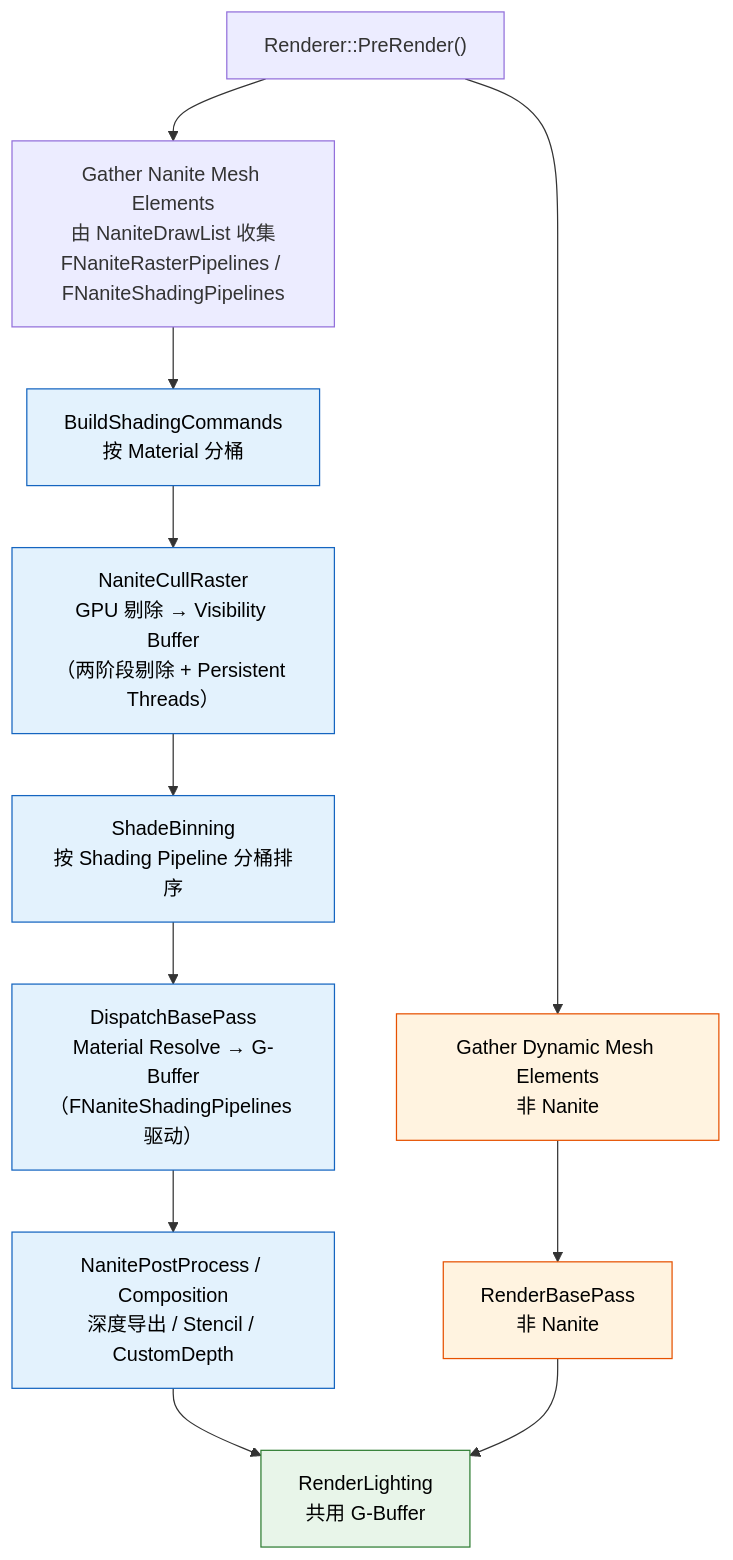
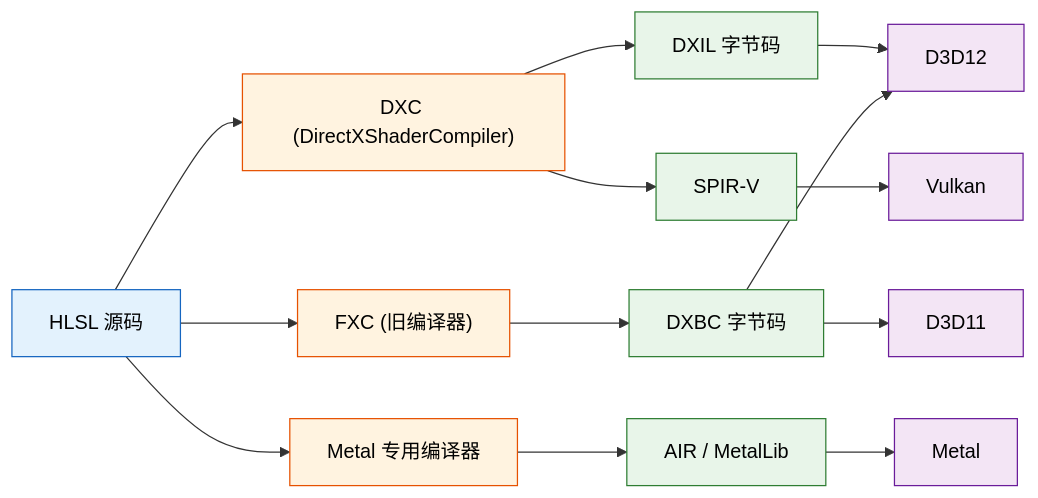
Before and after one commit to MotionlessPeri/agent_coding_guidelines: the second of 2 diagrams in references/ue-rendering/card-05-rhi.md, drawn with Mermaid. The commit also changed other lines of this file and 8 other files, not shown here.

````diff
--- a/references/ue-rendering/card-05-rhi.md
+++ b/references/ue-rendering/card-05-rhi.md
@@ -132,19 +405,43 @@
 ```mermaid
-flowchart TB
-    A["Renderer::PreRender()"] --> B["Gather Dynamic Mesh Elements<br/>非 Nanite"]
-    A --> C["Gather Nanite Mesh Elements<br/>由 NaniteDrawList 收集<br/>FNaniteRasterPipelines / FNaniteShadingPipelines"]
-    C --> D["BuildShadingCommands<br/>按 Material 分桶"]
-    D --> E["NaniteCullRaster<br/>GPU 剔除 → Visibility Buffer<br/>（两阶段剔除 + Persistent Threads）"]
-    E --> F["ShadeBinning<br/>按 Shading Pipeline 分桶排序"]
-    F --> G["DispatchBasePass<br/>Material Resolve → G-Buffer<br/>（FNaniteShadingPipelines 驱动）"]
-    G --> H["NanitePostProcess / Composition<br/>深度导出 / Stencil / CustomDepth"]
-    B --> I["RenderBasePass<br/>非 Nanite"]
-    H --> J["RenderLighting<br/>共用 G-Buffer"]
-    I --> J
-    classDef nanite fill:#e3f2fd,stroke:#1565c0,color:#000
-    classDef legacy fill:#fff3e0,stroke:#e65100,color:#000
-    classDef shared fill:#e8f5e9,stroke:#2e7d32,color:#000
-    class D,E,F,G,H nanite
-    class B,I legacy
-    class J shared
+flowchart LR
+    HLSL["HLSL 源码"]
+
+    DXC["DXC (DirectXShaderCompiler)"]
+    FXC["FXC (旧编译器)"]
+    METAL["Metal 专用编译器"]
+
+    DXIL["DXIL 字节码"]
+    SPIRV["SPIR-V"]
+    DXBC["DXBC 字节码"]
+    AIR["AIR / MetalLib"]
+
+    D3D12["D3D12"]
+    D3D11["D3D11"]
+    VULKAN["Vulkan"]
+    METALOUT["Metal"]
+
+    HLSL --> DXC
+    HLSL --> FXC
+    HLSL --> METAL
+
+    DXC --> DXIL
+    DXC --> SPIRV
+    FXC --> DXBC
+    METAL --> AIR
+
+    DXIL --> D3D12
+    DXBC --> D3D11
+    DXBC --> D3D12
+    SPIRV --> VULKAN
+    AIR --> METALOUT
+
+    classDef hlsl fill:#e3f2fd,stroke:#1565c0,color:#000
+    classDef compiler fill:#fff3e0,stroke:#e65100,color:#000
+    classDef output fill:#e8f5e9,stroke:#2e7d32,color:#000
+    classDef target fill:#f3e5f5,stroke:#6a1b9a,color:#000
+
+    class HLSL hlsl
+    class DXC,FXC,METAL compiler
+    class DXIL,SPIRV,DXBC,AIR output
+    class D3D12,D3D11,VULKAN,METALOUT target
 ```
````
